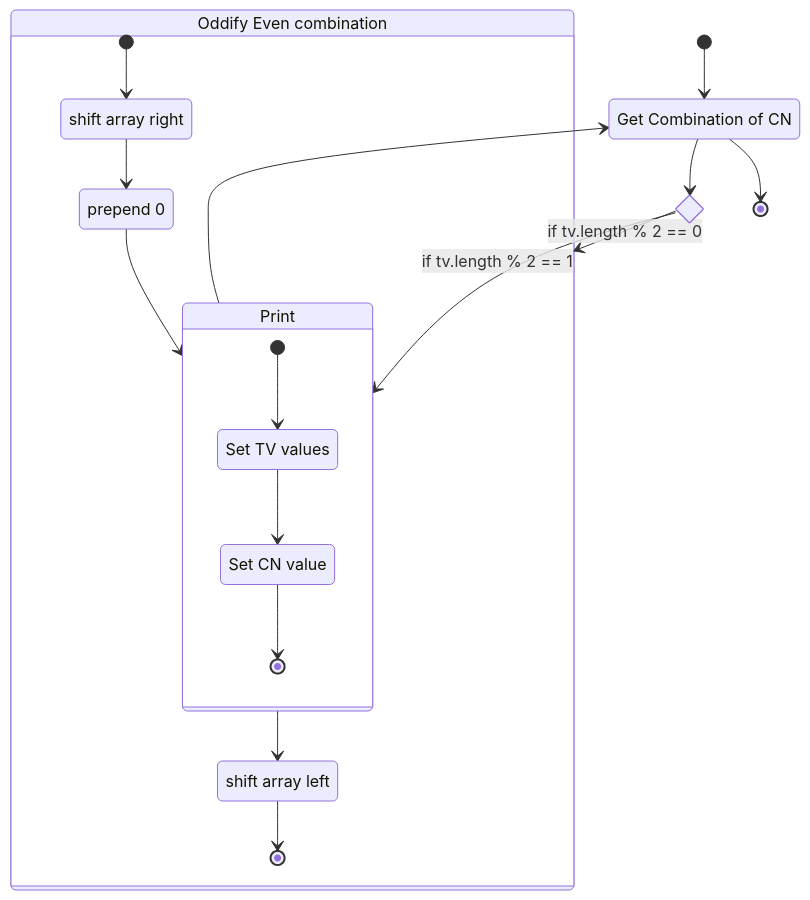
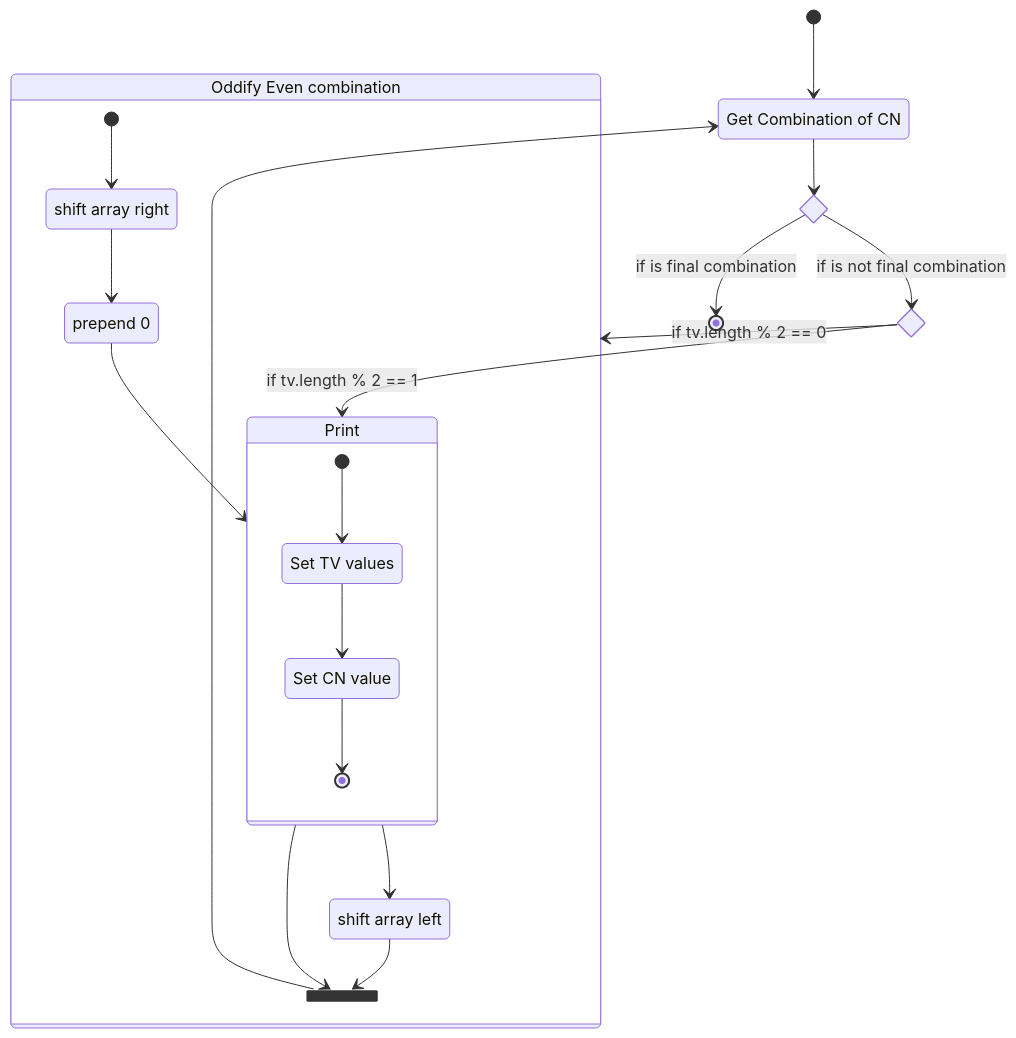
Before and after one commit to Uiowa-Applied-Topology/tanglenomicon_core_libraries: the third of 3 diagrams in docs/design/Generators/Rational.md, drawn with Mermaid. The commit also changed other lines of this file and 24 other files, not shown here.

````diff
--- a/docs/design/Generators/Rational.md
+++ b/docs/design/Generators/Rational.md
@@ -68,32 +68,39 @@
 ```mermaid
 stateDiagram-v2
   state "Get Combination of CN" as gen 
+  state join_state <<fork>>
   state is_even <<choice>>
+  state no_combinations <<choice>>
   state "Print" as print {
   state "Set TV values" as stv
   state "Set CN value" as scv
 	[*] --> stv
 	stv --> scv
 	scv --> [*]
   }
 
   state "Oddify Even combination" as even {
   state "shift array left"  as shiftL
   state "shift array right" as shiftR
   state "prepend 0" as pp0
 	[*] --> shiftR
 	shiftR --> pp0
 	pp0 --> print
 	print --> shiftL
-	shiftL --> [*]
+	shiftL --> join_state
+
   
   }
   
 	[*] --> gen 
-	gen --> is_even
+	gen --> no_combinations
+  no_combinations --> is_even: if is not final combination
+	no_combinations --> [*] : if is final combination
+
   is_even --> even: if tv.length % 2 == 0
 	is_even --> print : if tv.length % 2 == 1
-	print --> gen
-	gen --> [*]
+	print --> join_state
+	join_state --> gen
+
 
 ```
````
